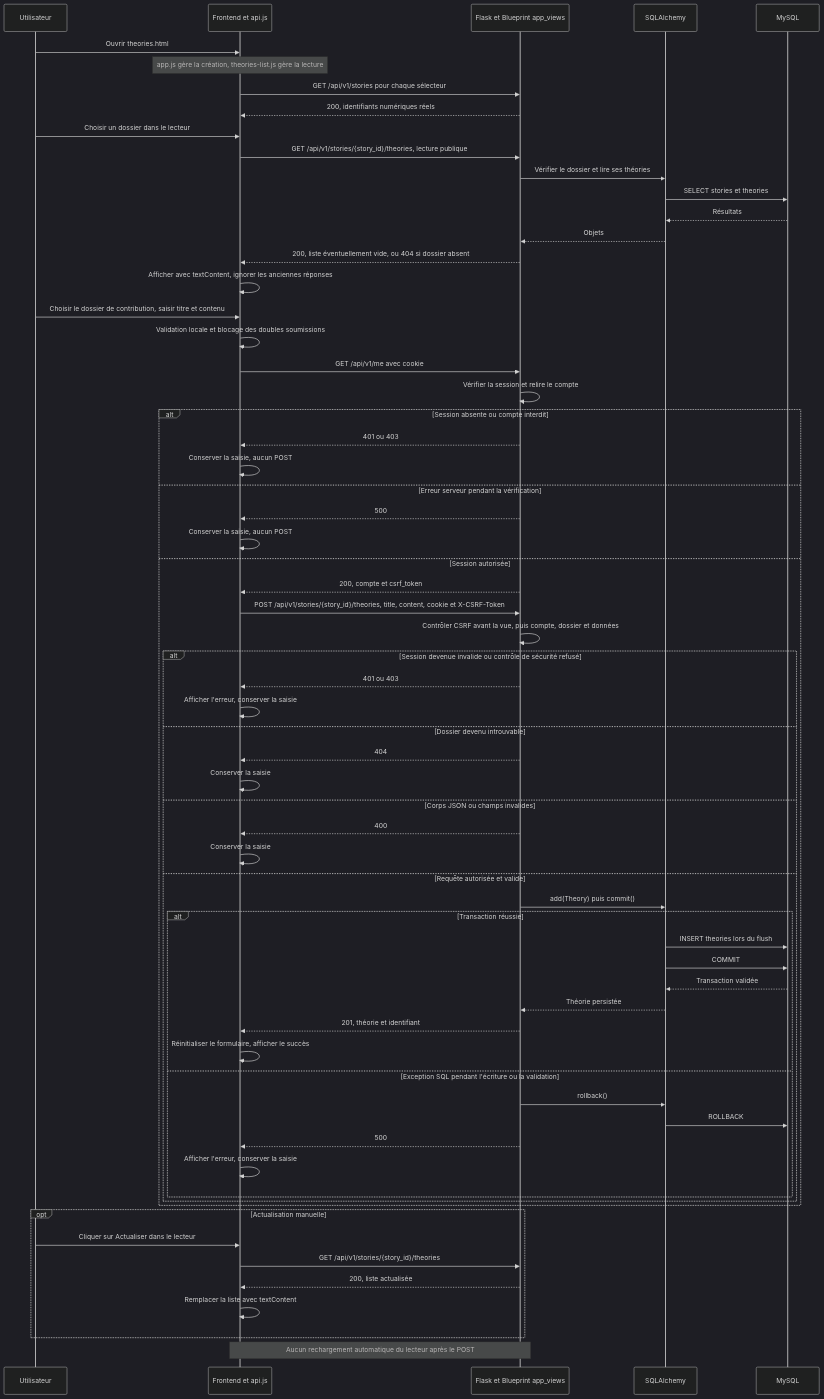
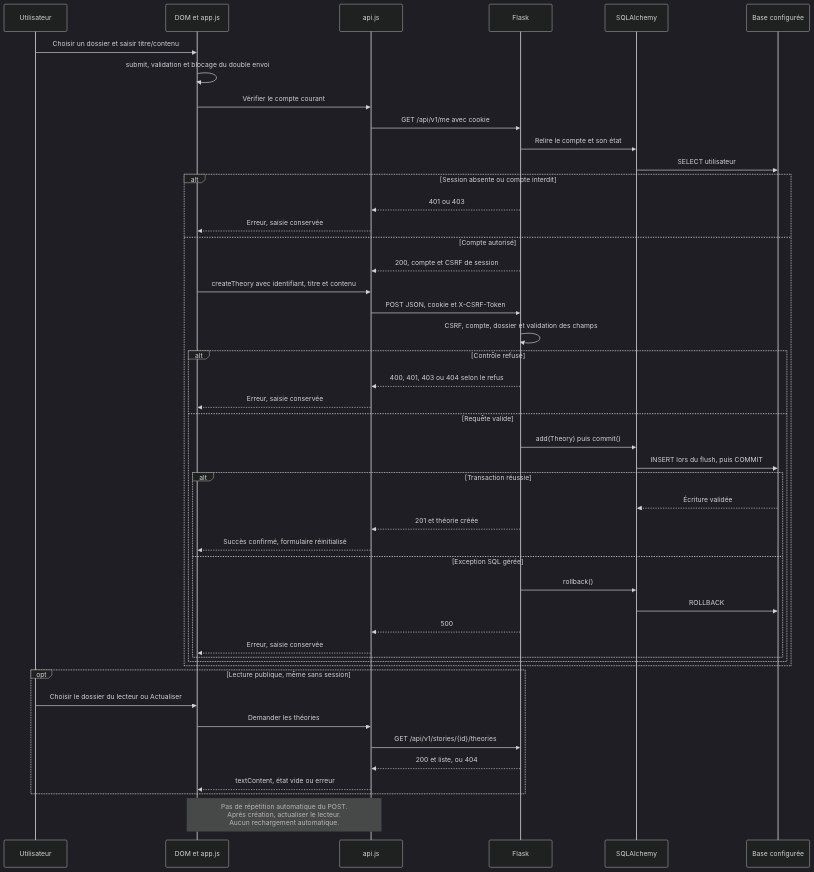
Before and after one commit to Leyvsi/portfolio: the second of 2 diagrams in docs/soutenance/fiche-commune.md, drawn with Mermaid (dark theme). The commit also changed other lines of this file and 114 other files, not shown here.

````diff
--- a/docs/soutenance/fiche-commune.md
+++ b/docs/soutenance/fiche-commune.md
@@ -169,67 +205,49 @@
 ```mermaid
 sequenceDiagram
   participant U as Utilisateur
-  participant F as Frontend et api.js
-  participant A as Flask et Blueprint app_views
+  participant D as DOM et app.js
+  participant C as api.js
+  participant F as Flask
   participant O as SQLAlchemy
-  participant D as MySQL
-  U->>F: Ouvrir theories.html
-  Note over F: app.js gère la création, theories-list.js gère la lecture
-  F->>A: GET /api/v1/stories pour chaque sélecteur
-  A-->>F: 200, identifiants numériques réels
-  U->>F: Choisir un dossier dans le lecteur
-  F->>A: GET /api/v1/stories/{story_id}/theories, lecture publique
-  A->>O: Vérifier le dossier et lire ses théories
-  O->>D: SELECT stories et theories
-  D-->>O: Résultats
-  O-->>A: Objets
-  A-->>F: 200, liste éventuellement vide, ou 404 si dossier absent
-  F->>F: Afficher avec textContent, ignorer les anciennes réponses
-  U->>F: Choisir le dossier de contribution, saisir titre et contenu
-  F->>F: Validation locale et blocage des doubles soumissions
-  F->>A: GET /api/v1/me avec cookie
-  A->>A: Vérifier la session et relire le compte
+  participant B as Base configurée
+  U->>D: Choisir un dossier et saisir titre/contenu
+  D->>D: submit, validation et blocage du double envoi
+  D->>C: Vérifier le compte courant
+  C->>F: GET /api/v1/me avec cookie
+  F->>O: Relire le compte et son état
+  O->>B: SELECT utilisateur
   alt Session absente ou compte interdit
-    A-->>F: 401 ou 403
-    F->>F: Conserver la saisie, aucun POST
-  else Erreur serveur pendant la vérification
-    A-->>F: 500
-    F->>F: Conserver la saisie, aucun POST
-  else Session autorisée
-    A-->>F: 200, compte et csrf_token
-    F->>A: POST /api/v1/stories/{story_id}/theories, title, content, cookie et X-CSRF-Token
-    A->>A: Contrôler CSRF avant la vue, puis compte, dossier et données
-    alt Session devenue invalide ou contrôle de sécurité refusé
-      A-->>F: 401 ou 403
-      F->>F: Afficher l'erreur, conserver la saisie
-    else Dossier devenu introuvable
-      A-->>F: 404
-      F->>F: Conserver la saisie
-    else Corps JSON ou champs invalides
-      A-->>F: 400
-      F->>F: Conserver la saisie
-    else Requête autorisée et valide
-      A->>O: add(Theory) puis commit()
+    F-->>C: 401 ou 403
+    C-->>D: Erreur, saisie conservée
+  else Compte autorisé
+    F-->>C: 200, compte et CSRF de session
+    D->>C: createTheory avec identifiant, titre et contenu
+    C->>F: POST JSON, cookie et X-CSRF-Token
+    F->>F: CSRF, compte, dossier et validation des champs
+    alt Contrôle refusé
+      F-->>C: 400, 401, 403 ou 404 selon le refus
+      C-->>D: Erreur, saisie conservée
+    else Requête valide
+      F->>O: add(Theory) puis commit()
+      O->>B: INSERT lors du flush, puis COMMIT
       alt Transaction réussie
-        O->>D: INSERT theories lors du flush
-        O->>D: COMMIT
-        D-->>O: Transaction validée
-        O-->>A: Théorie persistée
-        A-->>F: 201, théorie et identifiant
-        F->>F: Réinitialiser le formulaire, afficher le succès
-      else Exception SQL pendant l'écriture ou la validation
-        A->>O: rollback()
-        O->>D: ROLLBACK
-        A-->>F: 500
-        F->>F: Afficher l'erreur, conserver la saisie
+        B-->>O: Écriture validée
+        F-->>C: 201 et théorie créée
+        C-->>D: Succès confirmé, formulaire réinitialisé
+      else Exception SQL gérée
+        F->>O: rollback()
+        O->>B: ROLLBACK
+        F-->>C: 500
+        C-->>D: Erreur, saisie conservée
       end
     end
   end
-  opt Actualisation manuelle
-    U->>F: Cliquer sur Actualiser dans le lecteur
-    F->>A: GET /api/v1/stories/{story_id}/theories
-    A-->>F: 200, liste actualisée
-    F->>F: Remplacer la liste avec textContent
+  opt Lecture publique, même sans session
+    U->>D: Choisir le dossier du lecteur ou Actualiser
+    D->>C: Demander les théories
+    C->>F: GET /api/v1/stories/{id}/theories
+    F-->>C: 200 et liste, ou 404
+    C-->>D: textContent, état vide ou erreur
   end
-  Note over F,A: Aucun rechargement automatique du lecteur après le POST
+  Note over D,C: Pas de répétition automatique du POST.<br/>Après création, actualiser le lecteur.<br/>Aucun rechargement automatique.
 ```
````
